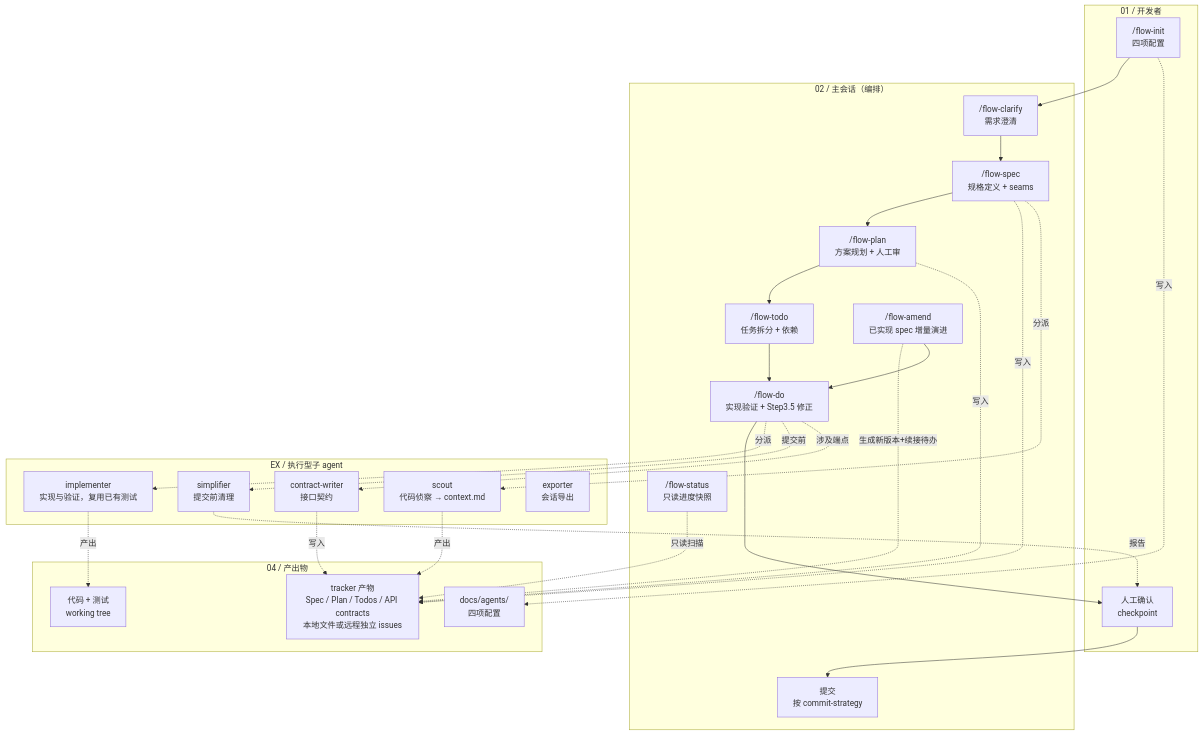
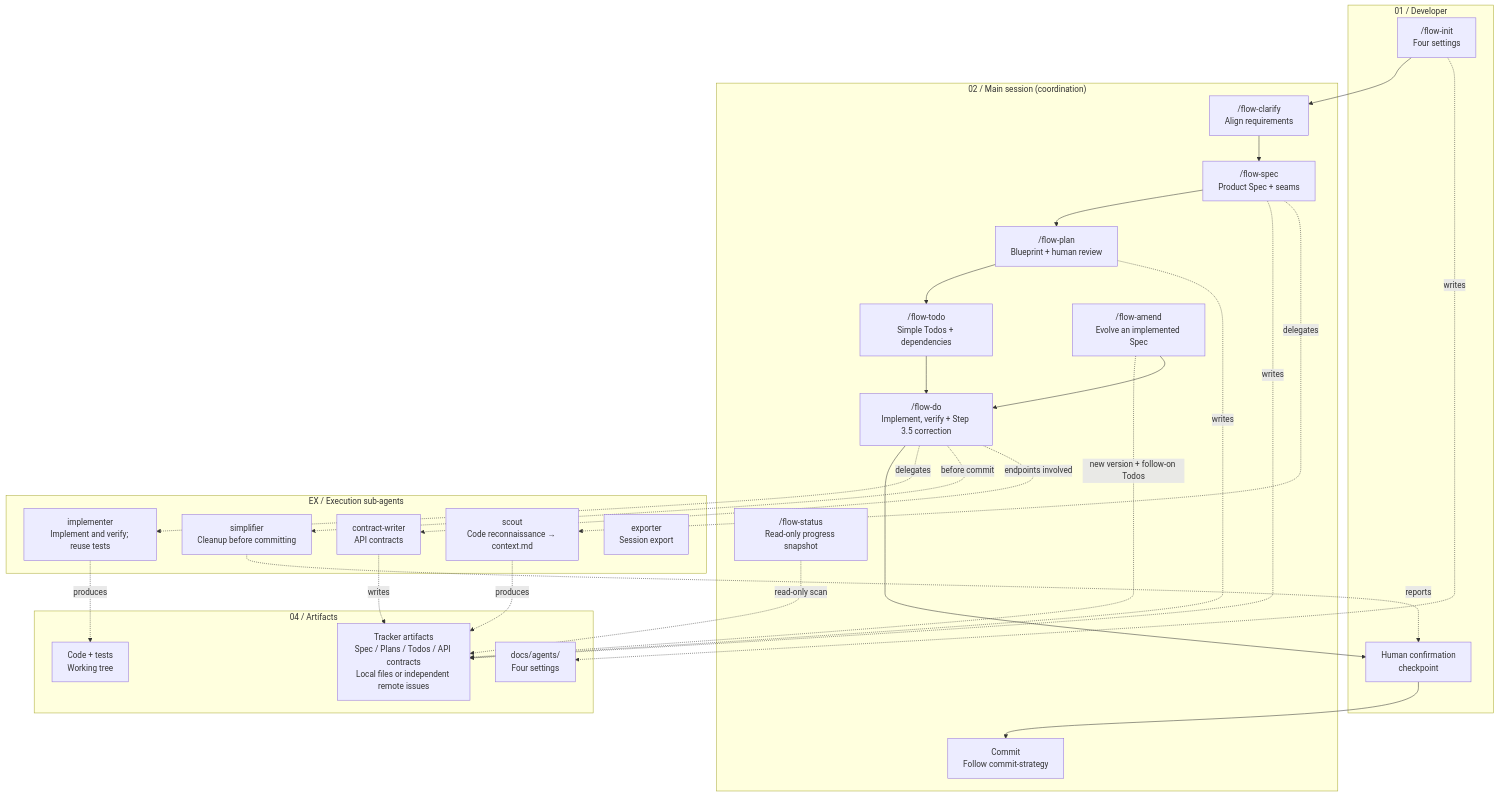
One commit to ALittleTurtleWhoCannotKnock/xixiwu_skills changed the diagram in architecture.md. Above: the diagram before and after it, drawn with Mermaid. The commit also changed other lines of this file and 7 other files, not shown here.

````diff
--- a/architecture.md
+++ b/architecture.md
@@ -3,55 +5,55 @@
 ```mermaid
 flowchart TB
-    subgraph DEV["01 / 开发者"]
-        init["/flow-init<br/>四项配置"]
-        checkpoint["人工确认<br/>checkpoint"]
+    subgraph DEV["01 / Developer"]
+        init["/flow-init<br/>Four settings"]
+        checkpoint["Human confirmation<br/>checkpoint"]
     end
 
-    subgraph MAIN["02 / 主会话（编排）"]
-        grill["/flow-clarify<br/>需求澄清"]
-        spec["/flow-spec<br/>规格定义 + seams"]
-        plan["/flow-plan<br/>方案规划 + 人工审"]
-        tickets["/flow-todo<br/>任务拆分 + 依赖"]
-        implement["/flow-do<br/>实现验证 + Step3.5 修正"]
-        find["/flow-status<br/>只读进度快照"]
-        amend["/flow-amend<br/>已实现 spec 增量演进"]
-        commit["提交<br/>按 commit-strategy"]
+    subgraph MAIN["02 / Main session (coordination)"]
+        grill["/flow-clarify<br/>Align requirements"]
+        spec["/flow-spec<br/>Product Spec + seams"]
+        plan["/flow-plan<br/>Blueprint + human review"]
+        tickets["/flow-todo<br/>Simple Todos + dependencies"]
+        implement["/flow-do<br/>Implement, verify + Step 3.5 correction"]
+        find["/flow-status<br/>Read-only progress snapshot"]
+        amend["/flow-amend<br/>Evolve an implemented Spec"]
+        commit["Commit<br/>Follow commit-strategy"]
     end
 
-    subgraph SUB["EX / 执行型子 agent"]
-        scout["scout<br/>代码侦察 → context.md"]
-        implementer["implementer<br/>实现与验证，复用已有测试"]
-        simplifier["simplifier<br/>提交前清理"]
-        contractwriter["contract-writer<br/>接口契约"]
-        exporter["exporter<br/>会话导出"]
+    subgraph SUB["EX / Execution sub-agents"]
+        scout["scout<br/>Code reconnaissance → context.md"]
+        implementer["implementer<br/>Implement and verify; reuse tests"]
+        simplifier["simplifier<br/>Cleanup before committing"]
+        contractwriter["contract-writer<br/>API contracts"]
+        exporter["exporter<br/>Session export"]
     end
 
-    subgraph OUT["04 / 产出物"]
-        config["docs/agents/<br/>四项配置"]
-        scratch["tracker 产物<br/>Spec / Plan / Todos / API contracts<br/>本地文件或远程独立 issues"]
-        code["代码 + 测试<br/>working tree"]
+    subgraph OUT["04 / Artifacts"]
+        config["docs/agents/<br/>Four settings"]
+        scratch["Tracker artifacts<br/>Spec / Plans / Todos / API contracts<br/>Local files or independent remote issues"]
+        code["Code + tests<br/>Working tree"]
     end
 
     init --> grill
-    init -.写入.-> config
+    init -. writes .-> config
     grill --> spec
     spec --> plan
     plan --> tickets
-    spec -.写入.-> scratch
-    plan -.写入.-> scratch
+    spec -. writes .-> scratch
+    plan -. writes .-> scratch
     tickets --> implement
     implement --> checkpoint
     checkpoint --> commit
-    amend -.生成新版本+续接待办.-> scratch
+    amend -. new version + follow-on Todos .-> scratch
     amend --> implement
 
-    spec -.分派.-> scout
-    scout -.产出.-> scratch
-    implement -.分派.-> implementer
-    implementer -.产出.-> code
-    implement -.提交前.-> simplifier
-    simplifier -.报告.-> checkpoint
-    implement -.涉及端点.-> contractwriter
-    contractwriter -.写入.-> scratch
-    find -.只读扫描.-> scratch
+    spec -. delegates .-> scout
+    scout -. produces .-> scratch
+    implement -. delegates .-> implementer
+    implementer -. produces .-> code
+    implement -. before commit .-> simplifier
+    simplifier -. reports .-> checkpoint
+    implement -. endpoints involved .-> contractwriter
+    contractwriter -. writes .-> scratch
+    find -. read-only scan .-> scratch
 ```
````
